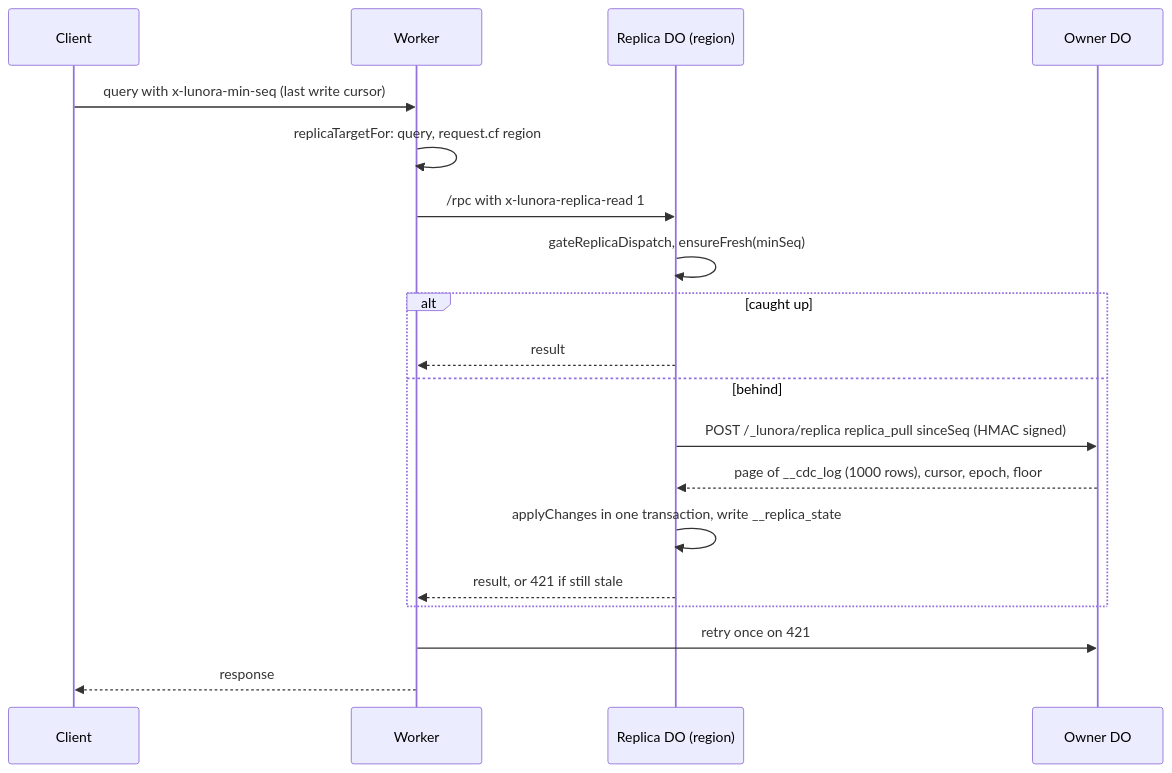
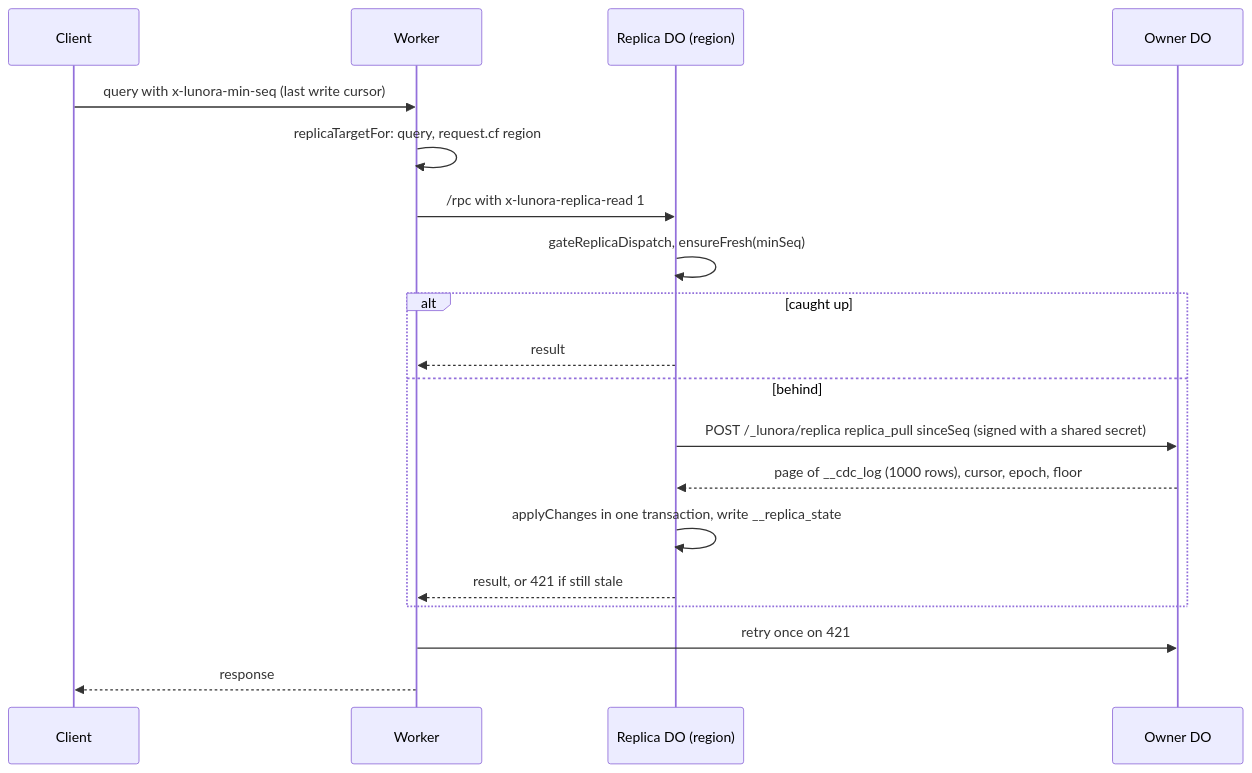
Before and after one commit to ewe-studios/explorations: the third of 5 diagrams in [src.lunora]/lunora/markdown/07-replication-and-read-scaling.md, drawn with Mermaid. The commit also changed other lines of this file and 38 other files, not shown here.

````diff
--- a/[src.lunora]/lunora/markdown/07-replication-and-read-scaling.md
+++ b/[src.lunora]/lunora/markdown/07-replication-and-read-scaling.md
@@ -19,21 +107,21 @@
 ```mermaid
 sequenceDiagram
     participant C as Client
     participant W as Worker
     participant R as Replica DO (region)
     participant O as Owner DO
     C->>W: query with x-lunora-min-seq (last write cursor)
     W->>W: replicaTargetFor: query, request.cf region
     W->>R: /rpc with x-lunora-replica-read 1
     R->>R: gateReplicaDispatch, ensureFresh(minSeq)
     alt caught up
         R-->>W: result
     else behind
-        R->>O: POST /_lunora/replica replica_pull sinceSeq (HMAC signed)
+        R->>O: POST /_lunora/replica replica_pull sinceSeq (signed with a shared secret)
         O-->>R: page of __cdc_log (1000 rows), cursor, epoch, floor
         R->>R: applyChanges in one transaction, write __replica_state
         R-->>W: result, or 421 if still stale
     end
     W->>O: retry once on 421
     W-->>C: response
 ```
````
